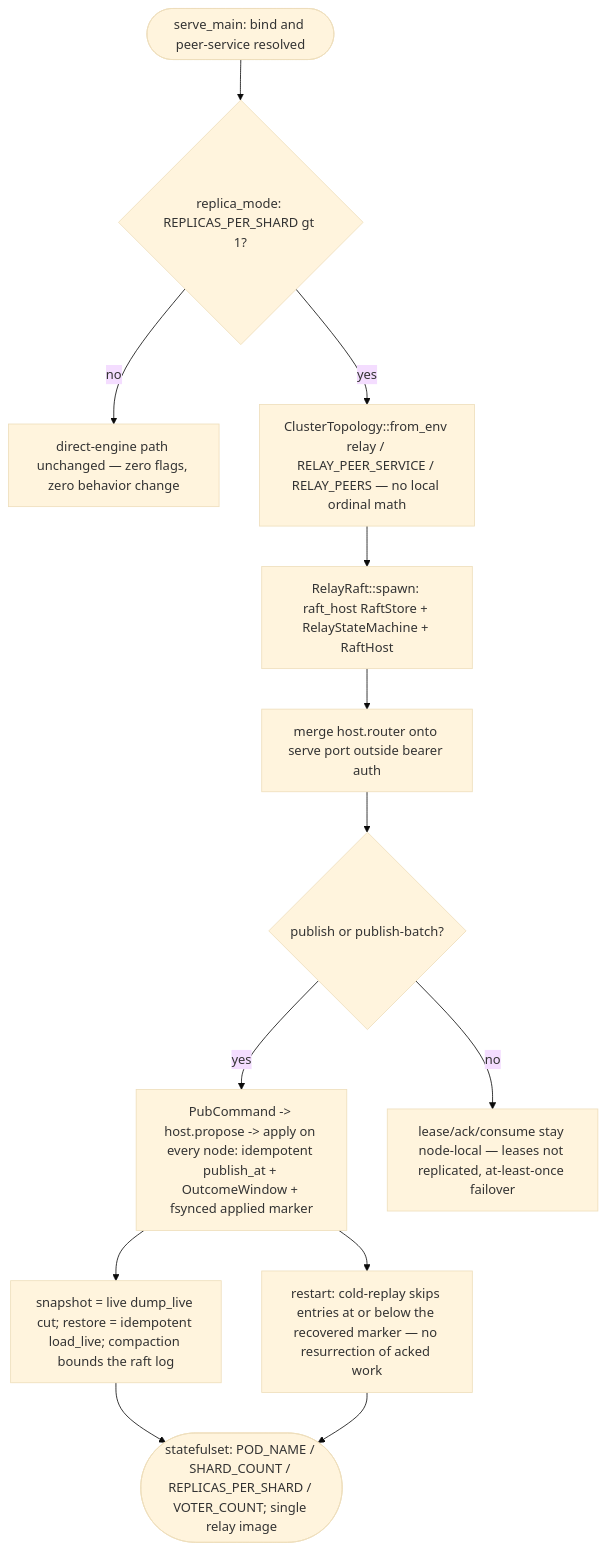
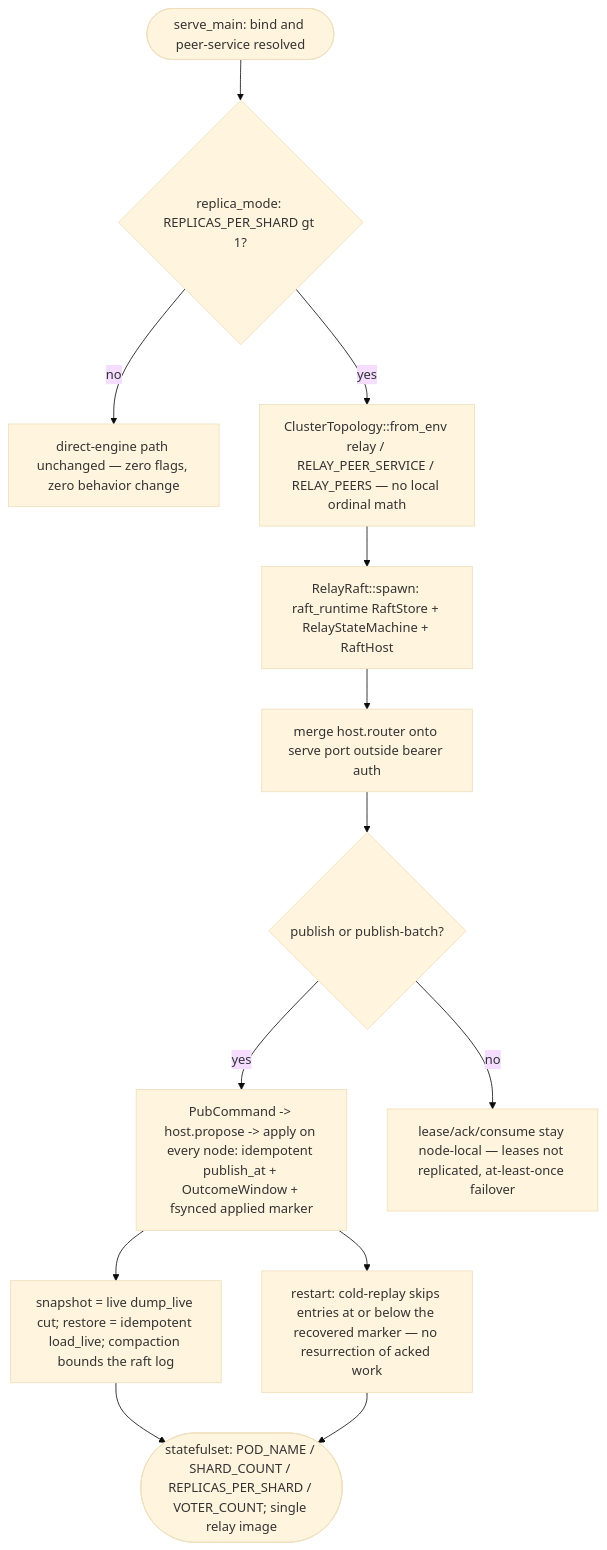
One commit to chrischeng-c4/axiom changed the first of 2 diagrams in apps/relay/tech-design/logic/adopt-raft-host-relaystatemachine-auto-mode-ha-drop-hand-rolled.md. Above: the diagram before and after it, drawn with Mermaid (base theme). The commit also changed other lines of this file and 175 other files, not shown here.

````diff
--- a/apps/relay/tech-design/logic/adopt-raft-host-relaystatemachine-auto-mode-ha-drop-hand-rolled.md
+++ b/apps/relay/tech-design/logic/adopt-raft-host-relaystatemachine-auto-mode-ha-drop-hand-rolled.md
@@ -28,69 +28,69 @@
 ```mermaid
 ---
 id: relay-adopt-raft-host-flow
 entry: boot
 nodes:
   boot:
     kind: start
     label: "serve_main (bare `relay`): existing config resolution unchanged (bind, data dir, auth, reconciler). New: derive the peer port from the bind address and read --peer-service (RELAY_PEER_SERVICE, default relay) for the headless-Service DNS template"
   mode:
     kind: decision
-    label: "raft_host::cluster::replica_mode(): REPLICAS_PER_SHARD > 1 from the standard downward-API quartet? Unset env or 1 replica = single-node — the auto-mode switch; no relay-specific flags"
+    label: "raft_runtime::cluster::replica_mode(): REPLICAS_PER_SHARD > 1 from the standard downward-API quartet? Unset env or 1 replica = single-node — the auto-mode switch; no relay-specific flags"
   single:
     kind: process
     label: "Single-node path (default, AC1): today's direct-engine router exactly — publish/publish-batch/lease/ack/consume hit Arc<Relay> in-process; no raft task, no peer surface, zero behavior change"
   topo:
     kind: process
     label: "HA path: ClusterTopology::from_env('relay', peer_service, peer_port, 'RELAY_PEERS') — node_id = replica index, voters 0..VOTER_COUNT, peer URLs relay-<ordinal>.<svc>:<port> or the RELAY_PEERS local override. NO local ordinal math (deletes raft_config.rs; CONTRIBUTING: never re-derive it)"
   spawn:
     kind: process
-    label: "RelayRaft::spawn: raft_host::RaftStore::open({data_dir}/raft, node_id, Always) replaces relay's raft_store.rs; RelayStateMachine::new(Arc<Relay>, marker path) recovers its applied floor; RaftHost::spawn(node_id, membership, peers, store, sm, HostConfig with snapshot EveryEntries(1024)) replaces the whole hand-rolled raft_driver.rs tick/pump/flush/persist-before-flush loop"
+    label: "RelayRaft::spawn: raft_runtime::RaftStore::open({data_dir}/raft, node_id, Always) replaces relay's raft_store.rs; RelayStateMachine::new(Arc<Relay>, marker path) recovers its applied floor; RaftHost::spawn(node_id, membership, peers, store, sm, HostConfig with snapshot EveryEntries(1024)) replaces the whole hand-rolled raft_driver.rs tick/pump/flush/persist-before-flush loop"
   mount:
     kind: process
     label: "app = router(state-with-raft).merge(host.router()): /raft/request-vote, /raft/append-entries, /raft/install-snapshot, /raft/publish, /raftz ride the SAME serve port but OUTSIDE the bearer-auth data plane (cluster traffic, tokenless like probes; mTLS is a later slice). The relay-raft bin and its bespoke env contract are deleted"
   pub:
     kind: decision
     label: "Data-plane publish/publish-batch: HA mode? Encode PubCommand with subject, message_id, payload, headers, priority, not_before (multi-subject — upgrade over the old single-subject driver) and host.propose(cmd) — the host proposes locally on the leader or forwards to the leader's /raft/publish (421 not-leader hint for direct peers), waits for THIS node's apply (read-your-write)"
   apply:
     kind: process
     label: "RelayStateMachine::apply(index, cmd) on EVERY node, once, in index order: relay.publish_at(subject, message_id, payload, headers, not_before, priority, now) — idempotent per message_id; outcome {seq, deduped} stashed in an OutcomeWindow keyed by raft index so the proposing handler returns the engine outcome; then the applied marker file (tmp+rename+fsync in the raft dir) records the floor. Engine seqs are node-local; the raft index is the global order"
   floor:
     kind: process
     label: "Restart honesty: RaftHost cold-replays resident committed entries; entries at or below the recovered marker are SKIPPED. Without the floor, delete-on-ack (segments dropped) + the bounded dedupe window would let old committed publishes re-append (resurrect acked work). With FsyncPolicy::Always the engine append is durable before the marker advances, so the floor is never ahead of engine state"
   snap:
     kind: process
     label: "SnapshotPolicy::EveryEntries: the host calls sm.snapshot() = up_to (applied) + relay.dump_live() — for every open (subject, shard) the committed-watermark cut: only un-acked entries (log.range(watermark)); node.compact bounds the raft log. restore() (follower InstallSnapshot / cold-start) = relay.load_live: re-publish each entry idempotently via publish_at (dedupe merges; delayed entries keep not_before), then applied floor := up_to"
   local:
     kind: terminal
     label: "Lease/ack/heartbeat/consume/len stay NODE-LOCAL in HA mode (unchanged handlers): leases are not replicated — exactly the old driver's model, which replicated publishes only. Documented limitation (TD + llm operations topic): on failover the new leader redelivers work that was leased-but-unacked (and acked work not yet trimmed by a snapshot install) — at-least-once, fenced per-node by lease epochs"
   k8s:
     kind: terminal
-    label: "k8s/statefulset.yaml switches to the standard contract raft-host reads: POD_NAME (downward API), SHARD_COUNT=1, REPLICAS_PER_SHARD, VOTER_COUNT + RELAY_PEER_SERVICE=relay (headless Service); the image runs the single `relay` entrypoint (Dockerfile drops relay-raft); readiness moves to /readyz"
+    label: "k8s/statefulset.yaml switches to the standard contract raft-runtime reads: POD_NAME (downward API), SHARD_COUNT=1, REPLICAS_PER_SHARD, VOTER_COUNT + RELAY_PEER_SERVICE=relay (headless Service); the image runs the single `relay` entrypoint (Dockerfile drops relay-raft); readiness moves to /readyz"
 edges:
   - { from: boot, to: mode }
   - { from: mode, to: single, label: "no cluster env / 1 replica" }
   - { from: mode, to: topo, label: "REPLICAS_PER_SHARD > 1" }
   - { from: topo, to: spawn }
   - { from: spawn, to: mount }
   - { from: mount, to: pub }
   - { from: pub, to: apply, label: "propose -> commit -> sole applier" }
   - { from: apply, to: floor, label: "marker persisted per apply" }
   - { from: apply, to: snap, label: "applied - snapshot_index >= threshold" }
   - { from: pub, to: local, label: "non-publish verbs" }
   - { from: snap, to: k8s }
   - { from: floor, to: k8s }
 ---
 flowchart TD
     boot([serve_main: bind and peer-service resolved]) --> mode{replica_mode: REPLICAS_PER_SHARD gt 1?}
     mode -->|no| single[direct-engine path unchanged — zero flags, zero behavior change]
     mode -->|yes| topo[ClusterTopology::from_env relay / RELAY_PEER_SERVICE / RELAY_PEERS — no local ordinal math]
-    topo --> spawn[RelayRaft::spawn: raft_host RaftStore + RelayStateMachine + RaftHost]
+    topo --> spawn[RelayRaft::spawn: raft_runtime RaftStore + RelayStateMachine + RaftHost]
     spawn --> mount[merge host.router onto serve port outside bearer auth]
     mount --> pub{publish or publish-batch?}
     pub -->|yes| apply[PubCommand -> host.propose -> apply on every node: idempotent publish_at + OutcomeWindow + fsynced applied marker]
     pub -->|no| local[lease/ack/consume stay node-local — leases not replicated, at-least-once failover]
     apply --> floor[restart: cold-replay skips entries at or below the recovered marker — no resurrection of acked work]
     apply --> snap[snapshot = live dump_live cut; restore = idempotent load_live; compaction bounds the raft log]
     snap --> k8s([statefulset: POD_NAME / SHARD_COUNT / REPLICAS_PER_SHARD / VOTER_COUNT; single relay image])
     floor --> k8s
 ```
````
